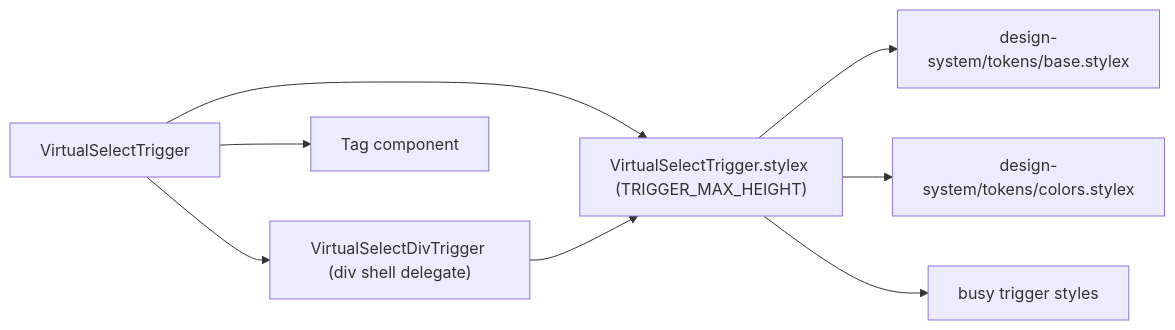
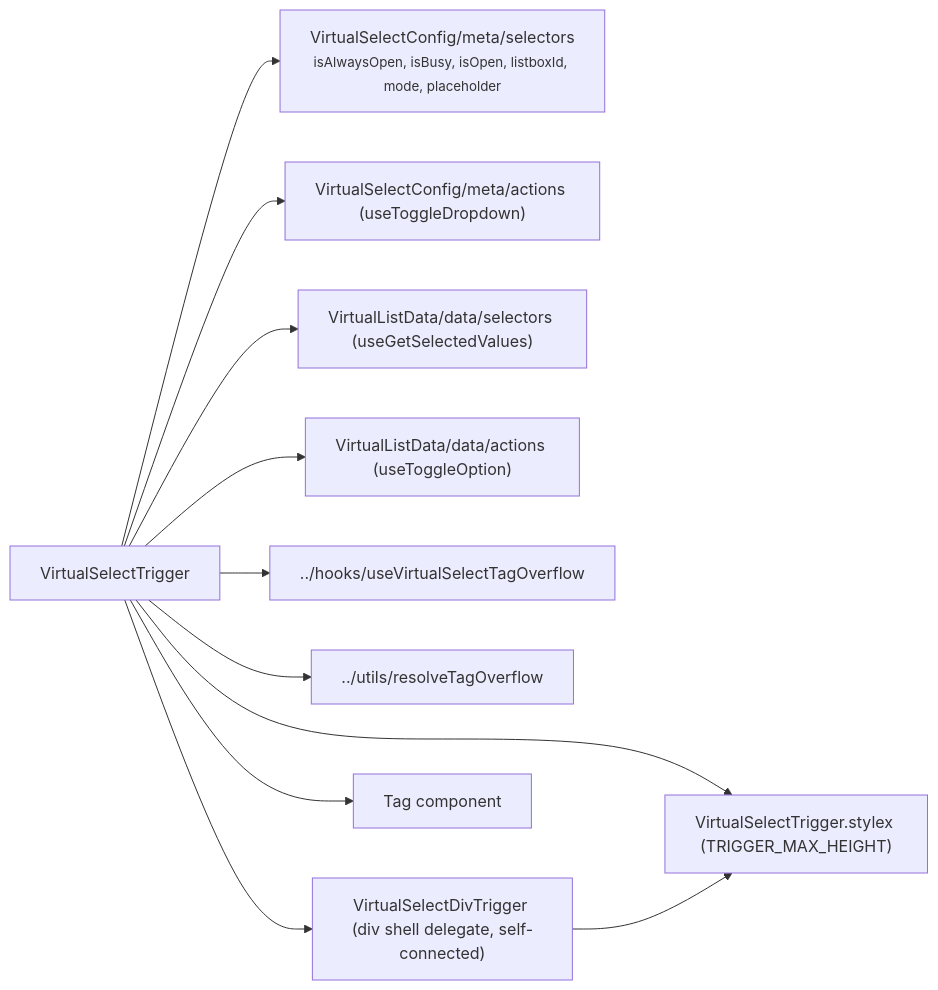
Before and after one commit to luciocabrera/lcabrera-stack: the first of 2 diagrams in packages/ui/src/components/VirtualSelect/VirtualSelectTrigger/ARCHITECTURE.md, drawn with Mermaid. The commit also changed other lines of this file and 9 other files, not shown here.

First line of the commit message:
refactor(VirtualList): simplify props and enhance composition

````diff
--- a/packages/ui/src/components/VirtualSelect/VirtualSelectTrigger/ARCHITECTURE.md
+++ b/packages/ui/src/components/VirtualSelect/VirtualSelectTrigger/ARCHITECTURE.md
@@ -24,10 +23,13 @@
 ```mermaid
 graph LR
-  VST["VirtualSelectTrigger"] --> VSDT["VirtualSelectDivTrigger (div shell delegate)"]
+  VST["VirtualSelectTrigger"] --> MSEL["VirtualSelectConfig/meta/selectors\n<small>isAlwaysOpen, isBusy, isOpen, listboxId, mode, placeholder</small>"]
+  VST --> MACT["VirtualSelectConfig/meta/actions (useToggleDropdown)"]
+  VST --> DSEL["VirtualListData/data/selectors (useGetSelectedValues)"]
+  VST --> DACT["VirtualListData/data/actions (useToggleOption)"]
+  VST --> OVF["../hooks/useVirtualSelectTagOverflow"]
+  VST --> RTO["../utils/resolveTagOverflow"]
+  VST --> VSDT["VirtualSelectDivTrigger (div shell delegate, self-connected)"]
   VST --> Tag["Tag component"]
   VST --> VST_stylex["VirtualSelectTrigger.stylex (TRIGGER_MAX_HEIGHT)"]
   VSDT --> VST_stylex
-  VST_stylex --> base_tokens["design-system/tokens/base.stylex"]
-  VST_stylex --> colors["design-system/tokens/colors.stylex"]
-  VST_stylex --> busy["busy trigger styles"]
 ```
````
